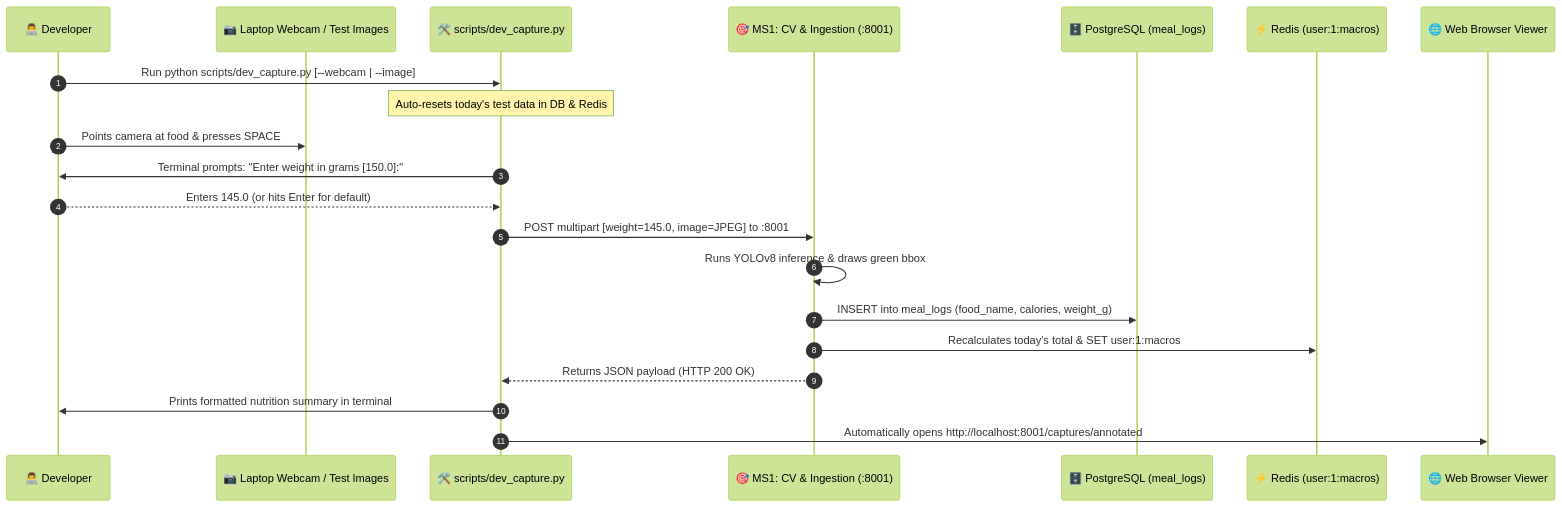
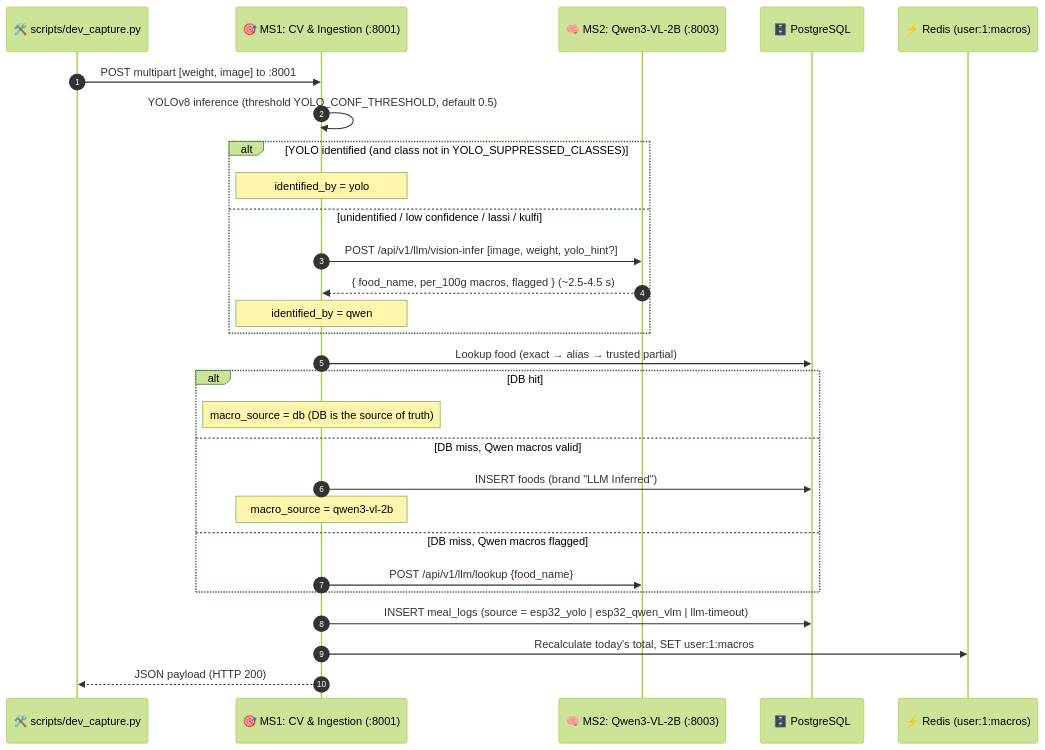
One commit to NutriX-Intelligence/NutriX-Platform changed the diagram in docs/testing/PIPELINE_2_SOFTWARE.md. Above: the diagram before and after it, drawn with Mermaid (forest theme). The commit also changed other lines of this file and 33 other files, not shown here.

````diff
--- a/docs/testing/PIPELINE_2_SOFTWARE.md
+++ b/docs/testing/PIPELINE_2_SOFTWARE.md
@@ -22,24 +22,31 @@
 ```mermaid
 sequenceDiagram
     autonumber
-    participant Dev as 👨‍💻 Developer
-    participant Cam as 📷 Laptop Webcam / Test Images
     participant Sim as 🛠️ scripts/dev_capture.py
     participant MS1 as 🎯 MS1: CV & Ingestion (:8001)
-    participant PG as 🗄️ PostgreSQL (meal_logs)
+    participant MS2 as 🧠 MS2: Qwen3-VL-2B (:8003)
+    participant PG as 🗄️ PostgreSQL
     participant RD as ⚡ Redis (user:1:macros)
-    participant Web as 🌐 Web Browser Viewer
 
-    Dev->>Sim: Run python scripts/dev_capture.py [--webcam | --image]
-    Note over Sim: Auto-resets today's test data in DB & Redis
-    Dev->>Cam: Points camera at food & presses SPACE
-    Sim->>Dev: Terminal prompts: "Enter weight in grams [150.0]:"
-    Dev-->>Sim: Enters 145.0 (or hits Enter for default)
-    Sim->>MS1: POST multipart [weight=145.0, image=JPEG] to :8001
-    MS1->>MS1: Runs YOLOv8 inference & draws green bbox
-    MS1->>PG: INSERT into meal_logs (food_name, calories, weight_g)
-    MS1->>RD: Recalculates today's total & SET user:1:macros
-    MS1-->>Sim: Returns JSON payload (HTTP 200 OK)
-    Sim->>Dev: Prints formatted nutrition summary in terminal
-    Sim->>Web: Automatically opens http://localhost:8001/captures/annotated
+    Sim->>MS1: POST multipart [weight, image] to :8001
+    MS1->>MS1: YOLOv8 inference (threshold YOLO_CONF_THRESHOLD, default 0.5)
+    alt YOLO identified (and class not in YOLO_SUPPRESSED_CLASSES)
+        Note over MS1: identified_by = yolo
+    else unidentified / low confidence / lassi / kulfi
+        MS1->>MS2: POST /api/v1/llm/vision-infer [image, weight, yolo_hint?]
+        MS2-->>MS1: { food_name, per_100g macros, flagged } (~2.5-4.5 s)
+        Note over MS1: identified_by = qwen
+    end
+    MS1->>PG: Lookup food (exact → alias → trusted partial)
+    alt DB hit
+        Note over MS1: macro_source = db  (DB is the source of truth)
+    else DB miss, Qwen macros valid
+        MS1->>PG: INSERT foods (brand "LLM Inferred")
+        Note over MS1: macro_source = qwen3-vl-2b
+    else DB miss, Qwen macros flagged
+        MS1->>MS2: POST /api/v1/llm/lookup {food_name}
+    end
+    MS1->>PG: INSERT meal_logs (source = esp32_yolo | esp32_qwen_vlm | llm-timeout)
+    MS1->>RD: Recalculate today's total, SET user:1:macros
+    MS1-->>Sim: JSON payload (HTTP 200)
 ```
````
